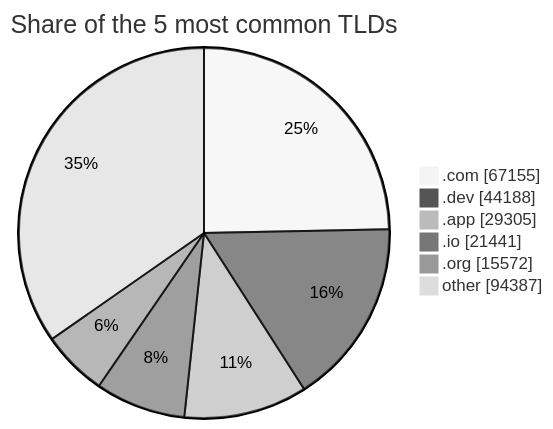
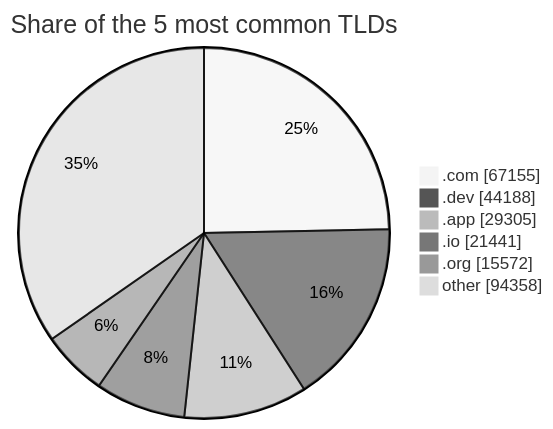
Before and after one commit to DNSBunker/CTI: the third of 3 diagrams in README.md, drawn with Mermaid (neutral theme). The commit also changed other lines of this file and 3 other files, not shown here.

````diff
--- a/README.md
+++ b/README.md
@@ -81,9 +81,9 @@
 ```mermaid
 pie showData title Share of the 5 most common TLDs
     ".com" : 67155
     ".dev" : 44188
     ".app" : 29305
     ".io" : 21441
     ".org" : 15572
-    "other" : 94387
+    "other" : 94358
 ```
````
